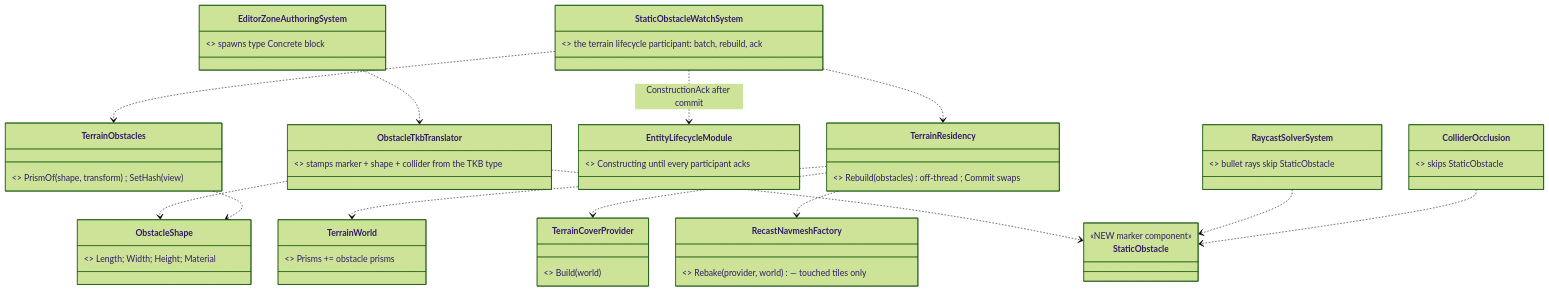
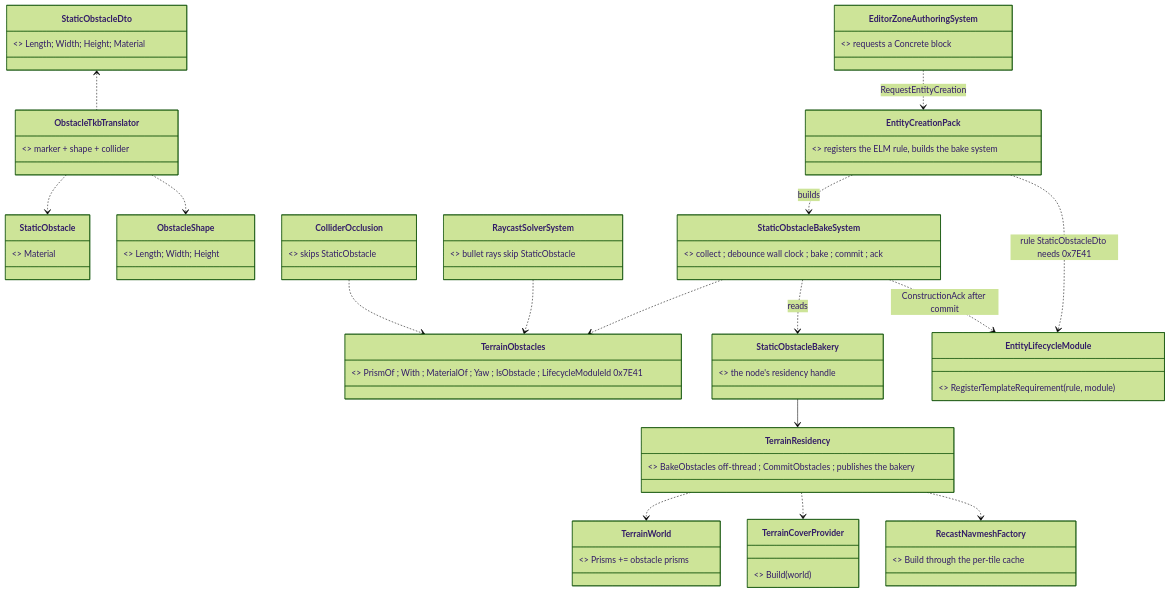
One commit to pjanec/HROT changed the eighth of 10 diagrams in docs/DESIGN_Peek_And_Fire.md. Above: the diagram before and after it, drawn with Mermaid (forest theme). The commit also changed other lines of this file and 35 other files, not shown here.

````diff
--- a/docs/DESIGN_Peek_And_Fire.md
+++ b/docs/DESIGN_Peek_And_Fire.md
@@ -371,28 +371,34 @@
 ```mermaid
 classDiagram
-  class StaticObstacle { <<NEW marker component>> }
-  class ObstacleShape { <<NEW component>> Length; Width; Height; Material }
-  class ObstacleTkbTranslator { <<NEW>> stamps marker + shape + collider from the TKB type }
-  class TerrainObstacles { <<NEW static>> PrismOf(shape, transform) ; SetHash(view) }
-  class StaticObstacleWatchSystem { <<NEW, every ECS node>> the terrain lifecycle participant: batch, rebuild, ack }
-  class EntityLifecycleModule { <<existing>> Constructing until every participant acks }
-  class TerrainResidency { <<existing, grows>> Rebuild(obstacles) off-thread ; Commit swaps }
+  class StaticObstacleDto { <<NEW TKB descriptor>> Length; Width; Height; Material }
+  class StaticObstacle { <<NEW component 345>> Material }
+  class ObstacleShape { <<NEW component 346, PerInstanceValue, replicated>> Length; Width; Height }
+  class ObstacleTkbTranslator { <<NEW, TkbTranslatorSet.Base>> marker + shape + collider }
+  class TerrainObstacles { <<NEW static, Fdp.Toolkits>> PrismOf ; With ; MaterialOf ; Yaw ; IsObstacle ; LifecycleModuleId 0x7E41 }
+  class StaticObstacleBakeSystem { <<NEW, Hrot.Core, BeforeSync>> collect ; debounce wall clock ; bake ; commit ; ack }
+  class StaticObstacleBakery { <<NEW singleton 347>> the node's residency handle }
+  class EntityCreationPack { <<existing, grows>> registers the ELM rule, builds the bake system }
+  class EntityLifecycleModule { <<existing, grows>> RegisterTemplateRequirement(rule, module) }
+  class TerrainResidency { <<existing, grows>> BakeObstacles off-thread ; CommitObstacles ; publishes the bakery }
   class TerrainWorld { <<existing>> Prisms += obstacle prisms }
   class TerrainCoverProvider { <<existing>> Build(world) }
-  class RecastNavmeshFactory { <<existing>> Rebake(provider, world) — touched tiles only }
+  class RecastNavmeshFactory { <<existing>> Build through the per-tile cache }
   class RaycastSolverSystem { <<existing, grows>> bullet rays skip StaticObstacle }
   class ColliderOcclusion { <<existing, grows>> skips StaticObstacle }
-  class EditorZoneAuthoringSystem { <<existing, grows>> spawns type Concrete block }
+  class EditorZoneAuthoringSystem { <<existing, grows>> requests a Concrete block }
+  StaticObstacleDto <.. ObstacleTkbTranslator
   ObstacleTkbTranslator ..> StaticObstacle
   ObstacleTkbTranslator ..> ObstacleShape
-  StaticObstacleWatchSystem ..> TerrainObstacles
-  StaticObstacleWatchSystem ..> EntityLifecycleModule : ConstructionAck after commit
-  StaticObstacleWatchSystem ..> TerrainResidency
+  EntityCreationPack ..> EntityLifecycleModule : rule StaticObstacleDto needs 0x7E41
+  EntityCreationPack ..> StaticObstacleBakeSystem : builds
+  StaticObstacleBakeSystem ..> TerrainObstacles
+  StaticObstacleBakeSystem ..> StaticObstacleBakery : reads
+  StaticObstacleBakery --> TerrainResidency
+  StaticObstacleBakeSystem ..> EntityLifecycleModule : ConstructionAck after commit
   TerrainResidency ..> TerrainWorld
   TerrainResidency ..> TerrainCoverProvider
   TerrainResidency ..> RecastNavmeshFactory
-  TerrainObstacles ..> ObstacleShape
-  RaycastSolverSystem ..> StaticObstacle
-  ColliderOcclusion ..> StaticObstacle
-  EditorZoneAuthoringSystem ..> ObstacleTkbTranslator
+  RaycastSolverSystem ..> TerrainObstacles
+  ColliderOcclusion ..> TerrainObstacles
+  EditorZoneAuthoringSystem ..> EntityCreationPack : RequestEntityCreation
 ```
````
